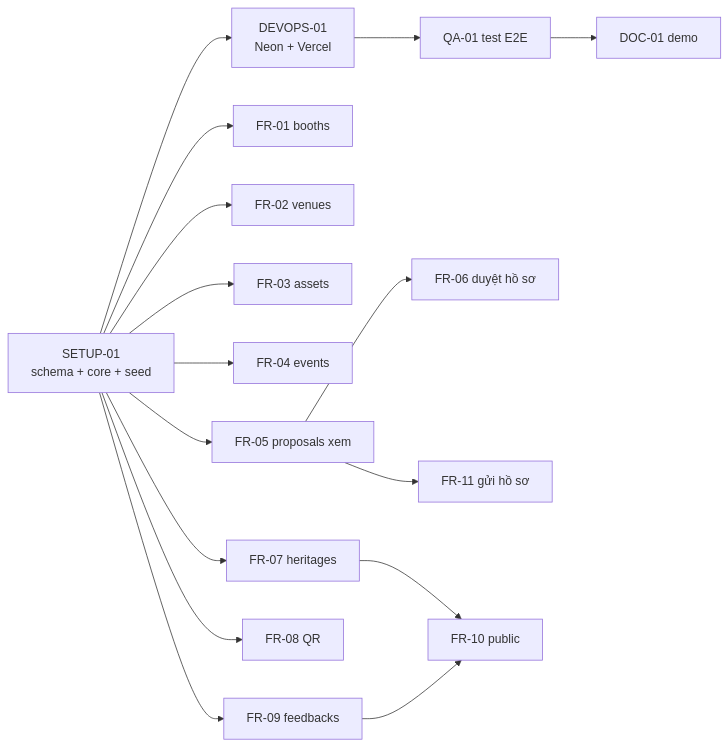
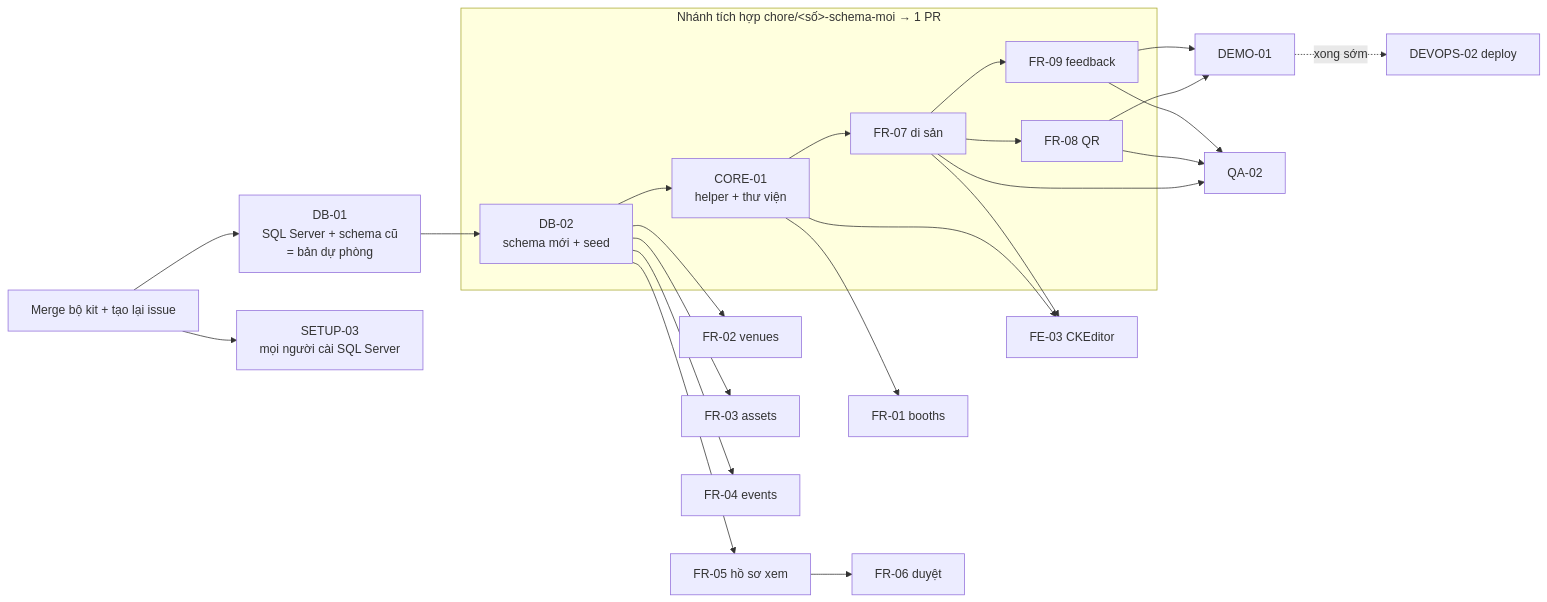
One commit to arisdo-29/duong-sach-project changed the diagram in docs/03-ke-hoach-va-phan-cong.md. Above: the diagram before and after it, drawn with Mermaid. The commit also changed other lines of this file and 18 other files, not shown here.

Commit message:
docs: soạn lại bộ kit theo hướng đi SQL Server (#39)

````diff
--- a/docs/03-ke-hoach-va-phan-cong.md
+++ b/docs/03-ke-hoach-va-phan-cong.md
@@ -18,10 +21,18 @@
 ```mermaid
 flowchart LR
-  S1[SETUP-01<br/>schema + core + seed] --> D1[DEVOPS-01<br/>Neon + Vercel]
-  S1 --> F1[FR-01 booths] & F2[FR-02 venues] & F3[FR-03 assets]
-  S1 --> F4[FR-04 events] & F5[FR-05 proposals xem] & F7[FR-07 heritages] & F8[FR-08 QR] & F9[FR-09 feedbacks]
-  F5 --> F6[FR-06 duyệt hồ sơ]
-  F7 & F9 --> F10[FR-10 public]
-  F5 --> F11[FR-11 gửi hồ sơ]
-  D1 --> QA[QA-01 test E2E] --> DOC[DOC-01 demo]
+  KIT[Merge bộ kit + tạo lại issue] --> D1[DB-01<br/>SQL Server + schema cũ<br/>= bản dự phòng]
+  KIT --> S3[SETUP-03<br/>mọi người cài SQL Server]
+  D1 --> D2[DB-02<br/>schema mới + seed]
+  D2 --> C1[CORE-01<br/>helper + thư viện]
+  subgraph T["Nhánh tích hợp chore/&lt;số&gt;-schema-moi → 1 PR"]
+    D2
+    C1 --> F7[FR-07 di sản] --> F8[FR-08 QR] & F9[FR-09 feedback]
+  end
+  F8 & F9 --> DEMO[DEMO-01]
+  D2 --> F2[FR-02 venues] & F3[FR-03 assets] & F4[FR-04 events] & F5[FR-05 hồ sơ xem]
+  C1 --> F1[FR-01 booths]
+  F5 --> F6[FR-06 duyệt]
+  C1 & F7 --> FE3[FE-03 CKEditor]
+  F7 & F8 & F9 --> QA[QA-02]
+  DEMO -. xong sớm .-> DEV[DEVOPS-02 deploy]
 ```
````
